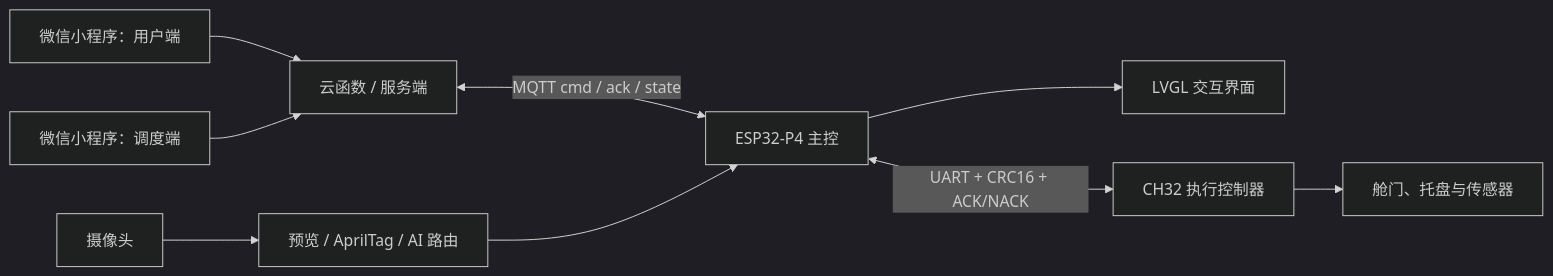
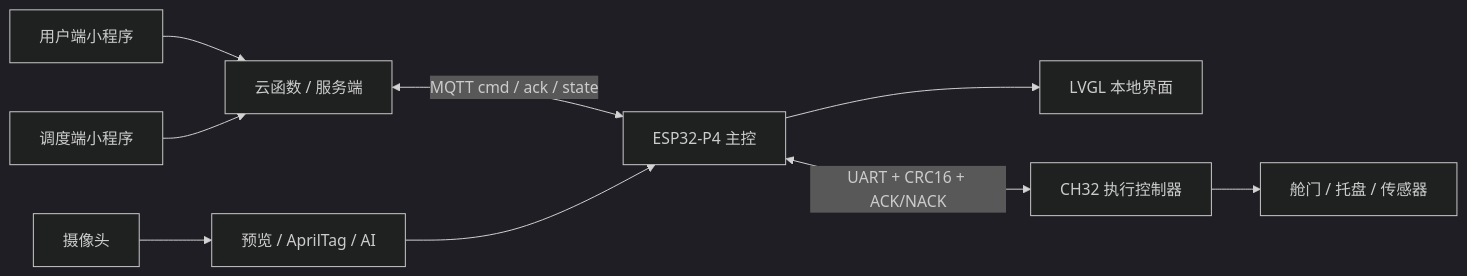
The diagram in README.md (xayzyt/Embedded_competition), drawn with Mermaid (dark theme) before and after one commit. The commit also changed other lines of this file and 12 other files, not shown here.

````diff
--- a/README.md
+++ b/README.md
@@ -28,11 +34,11 @@
 ```mermaid
 flowchart LR
-    User["微信小程序：用户端"] --> Cloud["云函数 / 服务端"]
-    Dispatch["微信小程序：调度端"] --> Cloud
-    Cloud <-->|"MQTT cmd / ack / state"| P4["ESP32-P4 主控"]
-    P4 --> UI["LVGL 交互界面"]
-    Camera["摄像头"] --> Pipeline["预览 / AprilTag / AI 路由"]
-    Pipeline --> P4
-    P4 <-->|"UART + CRC16 + ACK/NACK"| CH32["CH32 执行控制器"]
-    CH32 --> Actuator["舱门、托盘与传感器"]
+    User["用户端小程序"] --> Cloud["云函数 / 服务端"]
+    Dispatch["调度端小程序"] --> Cloud
+    Cloud <-->|MQTT cmd / ack / state| P4["ESP32-P4 主控"]
+    Camera["摄像头"] --> Vision["预览 / AprilTag / AI"]
+    Vision --> P4
+    P4 --> UI["LVGL 本地界面"]
+    P4 <-->|UART + CRC16 + ACK/NACK| CH32["CH32 执行控制器"]
+    CH32 --> Actuator["舱门 / 托盘 / 传感器"]
 ```
````
